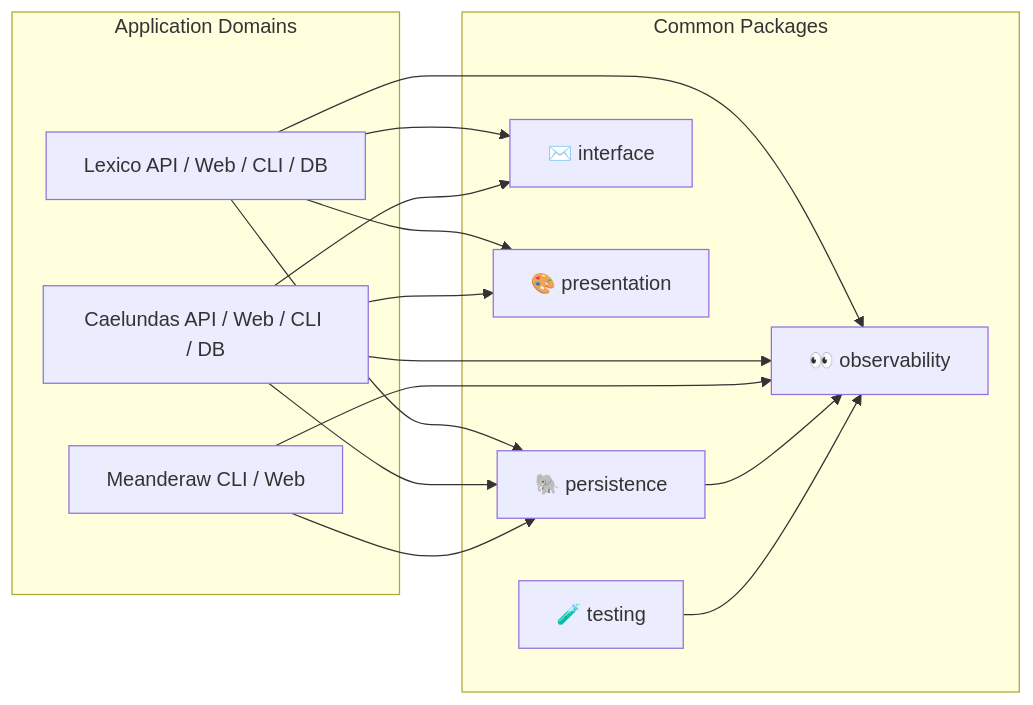
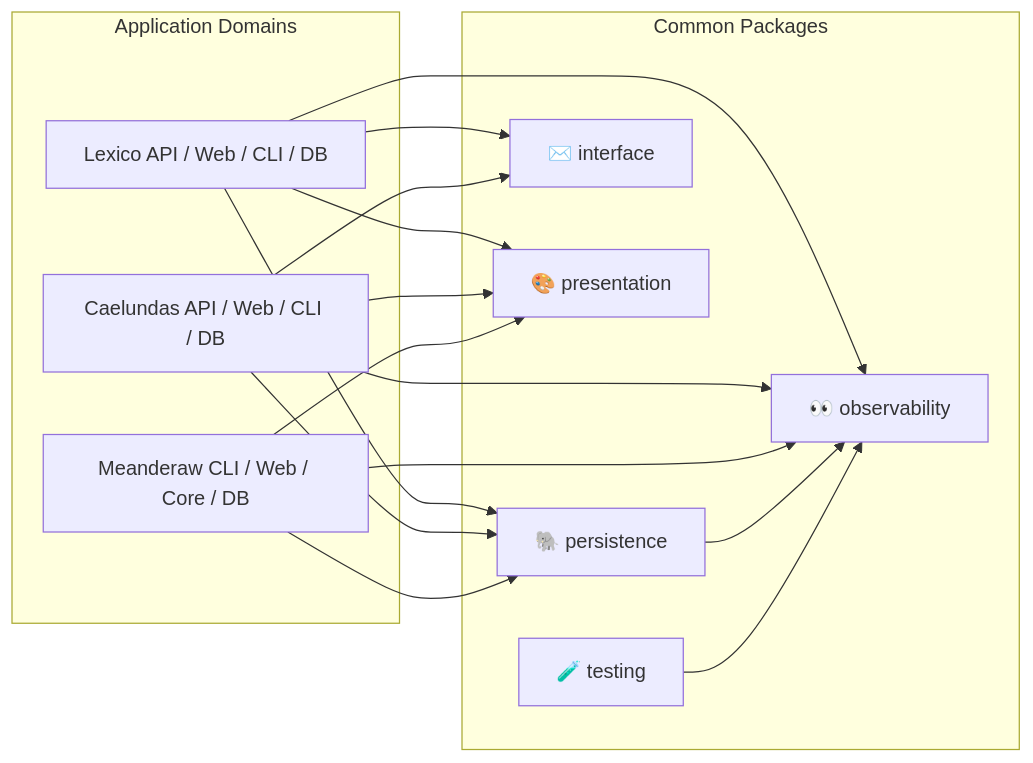
The diagram in documentation/openwiki/architecture/common-packages.md (organizzolini/codebase), drawn with Mermaid before and after one commit. The commit also changed other lines of this file and 48 other files, not shown here.

````diff
--- a/documentation/openwiki/architecture/common-packages.md
+++ b/documentation/openwiki/architecture/common-packages.md
@@ -373,32 +386,33 @@
 ```mermaid
 graph LR
   subgraph "Application Domains"
     Lexico[Lexico API / Web / CLI / DB]
     Caelundas[Caelundas API / Web / CLI / DB]
-    Meanderaw[Meanderaw CLI / Web]
+    Meanderaw[Meanderaw CLI / Web / Core / DB]
   end
 
   subgraph "Common Packages"
     Persistence[🐘 persistence]
     Interface[✉️ interface]
     Presentation[🎨 presentation]
     Observability[👀 observability]
     Testing[🧪 testing]
   end
 
   Lexico --> Persistence
   Lexico --> Interface
   Lexico --> Presentation
   Lexico --> Observability
 
   Caelundas --> Persistence
   Caelundas --> Interface
   Caelundas --> Presentation
   Caelundas --> Observability
 
   Meanderaw --> Persistence
+  Meanderaw --> Presentation
   Meanderaw --> Observability
 
   Persistence --> Observability
   Testing --> Observability
 ```
````
